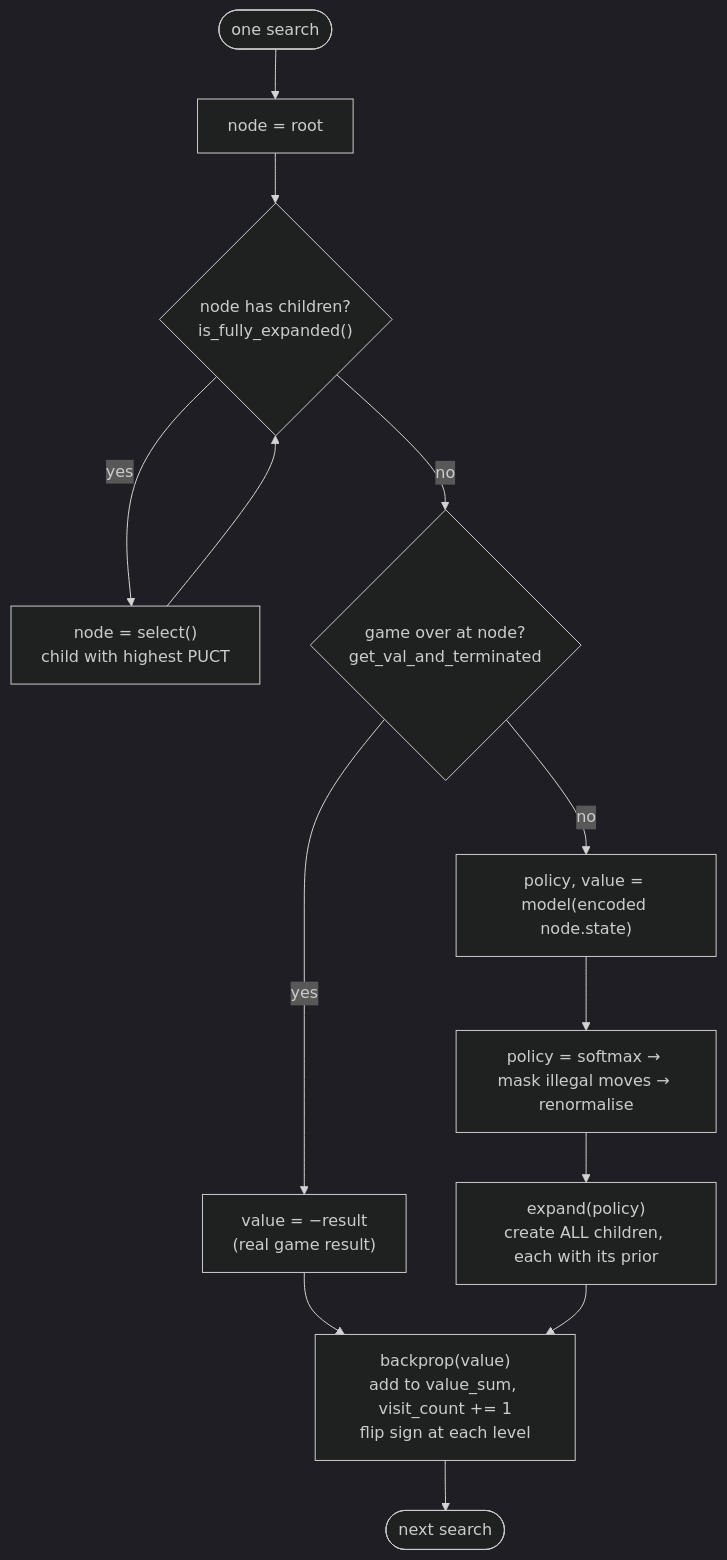
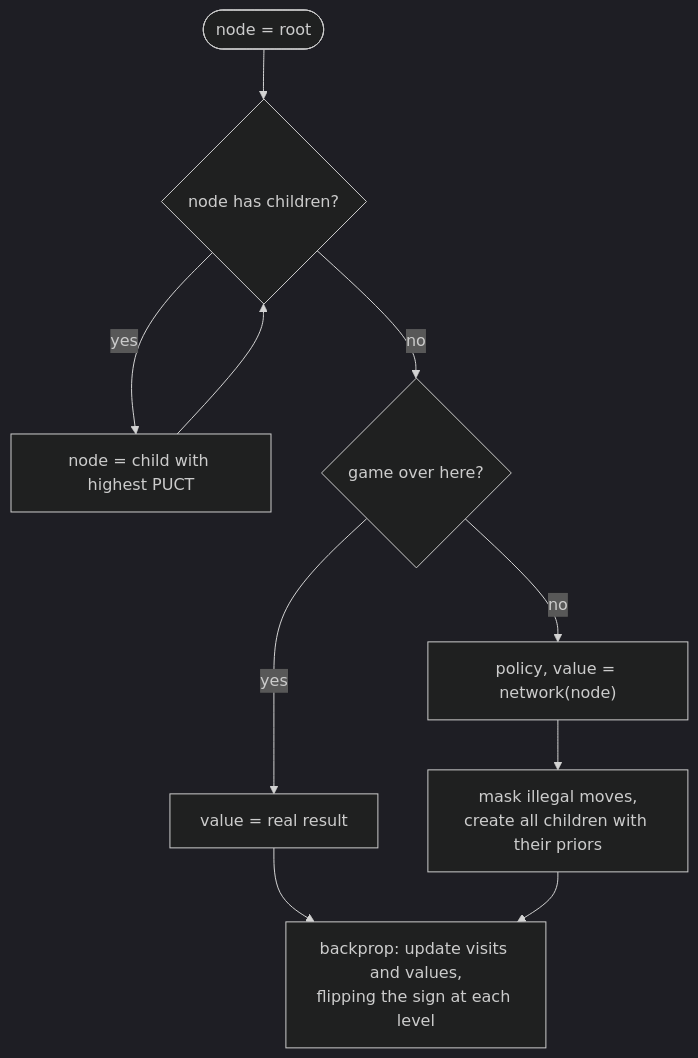
One commit to Sanchit1248/AlphaZero changed the third of 5 diagrams in FLOWCHART.md. Above: the diagram before and after it, drawn with Mermaid (dark theme). The commit also changed other lines of this file and 1 other file, not shown here.

First line of the commit message:
Update README and flowcharts to match the current project

````diff
--- a/FLOWCHART.md
+++ b/FLOWCHART.md
@@ -72,14 +38,11 @@
 ```mermaid
 flowchart TD
-    S(["one search"]) --> R["node = root"]
-    R --> FE{"node has children?<br/>is_fully_expanded()"}
-    FE -- yes --> Sel["node = select()<br/>child with highest PUCT"] --> FE
-    FE -- no --> T{"game over at node?<br/>get_val_and_terminated"}
-    T -- yes --> TV["value = −result<br/>(real game result)"]
-    T -- no --> NN["policy, value = model(encoded node.state)"]
-    NN --> Mask["policy = softmax → mask illegal moves → renormalise"]
-    Mask --> Exp["expand(policy)<br/>create ALL children, each with its prior"]
-    TV --> BP
-    Exp --> BP["backprop(value)<br/>add to value_sum, visit_count += 1<br/>flip sign at each level"]
-    BP --> End(["next search"])
+    S(["node = root"]) --> FE{"node has children?"}
+    FE -- yes --> Sel["node = child with highest PUCT"] --> FE
+    FE -- no --> T{"game over here?"}
+    T -- yes --> TV["value = real result"]
+    T -- no --> NN["policy, value = network(node)"]
+    NN --> Exp["mask illegal moves,<br/>create all children with their priors"]
+    TV --> BP["backprop: update visits and values,<br/>flipping the sign at each level"]
+    Exp --> BP
 ```
````
